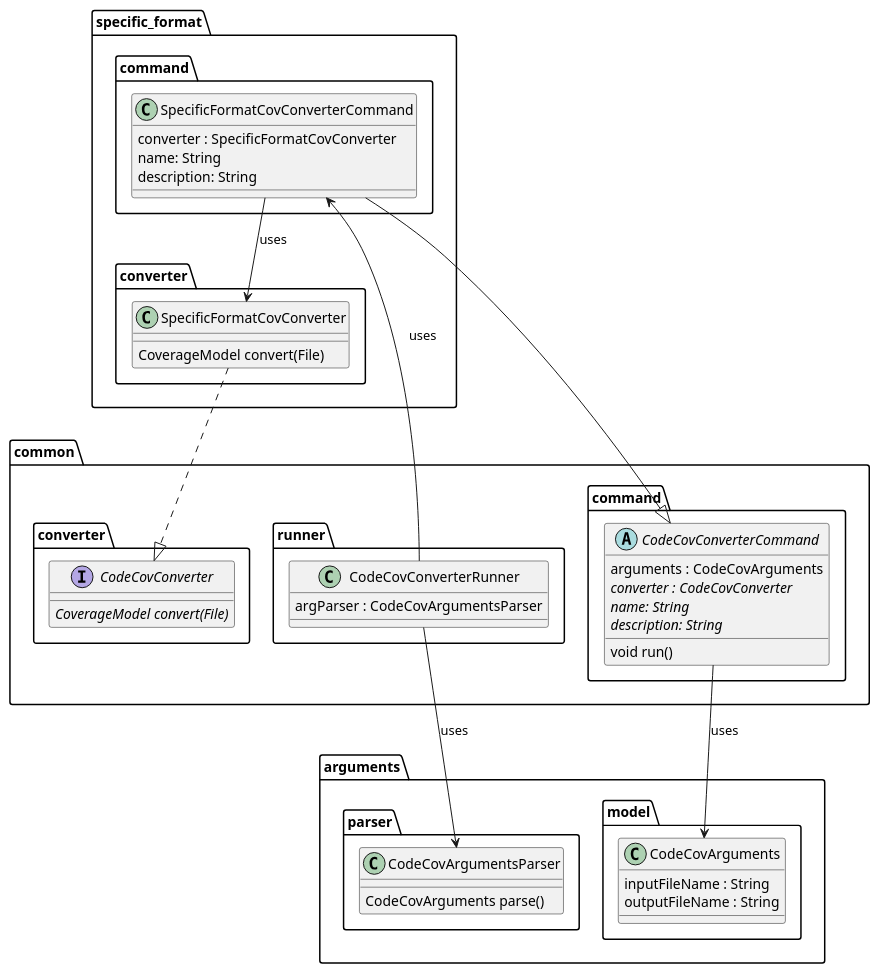
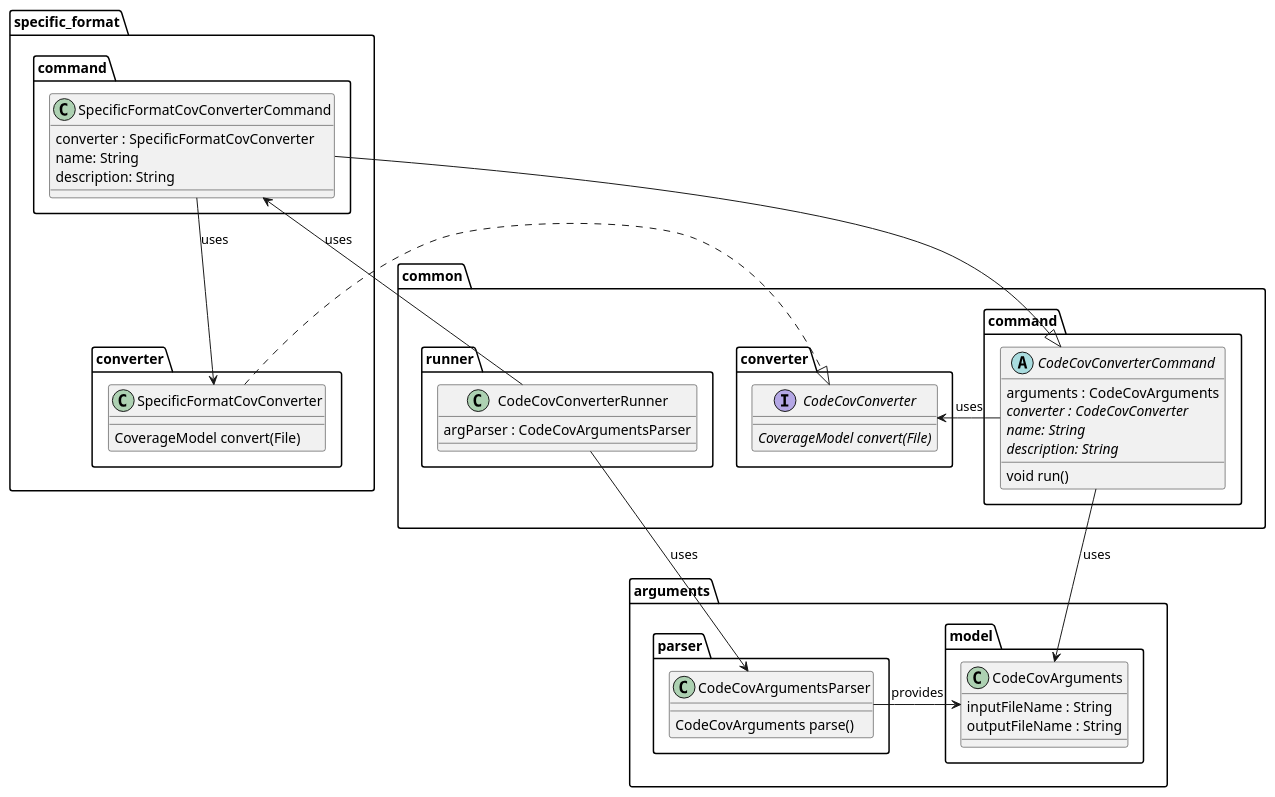
The diagram in metrics/codecov_converter/docs/diagrams/codecov_class_diagram.puml (Flank/flank-dashboard), drawn with PlantUML before and after one commit. The commit also changed 2 other files, not shown here.

```diff
--- a/metrics/codecov_converter/docs/diagrams/codecov_class_diagram.puml
+++ b/metrics/codecov_converter/docs/diagrams/codecov_class_diagram.puml
@@ -1,71 +1,74 @@
 @startuml codecov_class_diagram
 
 package arguments {
     package model {
         class CodeCovArguments {
             inputFileName : String
             outputFileName : String
         }
     }
 
     package parser {
         class CodeCovArgumentsParser {
             CodeCovArguments parse()
         }
     }
 }
 
 package common {
     package command {
         abstract CodeCovConverterCommand {
             arguments : CodeCovArguments
             {abstract} converter : CodeCovConverter
             {abstract} name: String
             {abstract} description: String
             void run()
         }
     }
 
     package converter {
         interface CodeCovConverter {
             {abstract} CoverageModel convert(File)
         }
     }
 
 
     package runner {
         class CodeCovConverterRunner {
             argParser : CodeCovArgumentsParser
         }
     }
 }
 
 package specific_format {
     package converter as specific_format.converter {
         class SpecificFormatCovConverter {
             CoverageModel convert(File)
         }
     }
 
     package command as specific_format.command {
         class SpecificFormatCovConverterCommand {
             converter : SpecificFormatCovConverter
             name: String
             description: String
         }
     }
 }
 
 
-CodeCovConverterRunner -left-> SpecificFormatCovConverterCommand : uses
+CodeCovConverterRunner -right-> SpecificFormatCovConverterCommand : uses
 CodeCovConverterRunner --> CodeCovArgumentsParser : uses
+
+CodeCovArgumentsParser -left-> CodeCovArguments : provides
 
 SpecificFormatCovConverterCommand --> SpecificFormatCovConverter : uses
 SpecificFormatCovConverterCommand --|> CodeCovConverterCommand
 
-SpecificFormatCovConverter ..|> CodeCovConverter
+SpecificFormatCovConverter .down.|> CodeCovConverter
 
 CodeCovConverterCommand --> CodeCovArguments : uses
+CodeCovConverterCommand -left-> CodeCovConverter : uses
 
 
 @enduml
```
